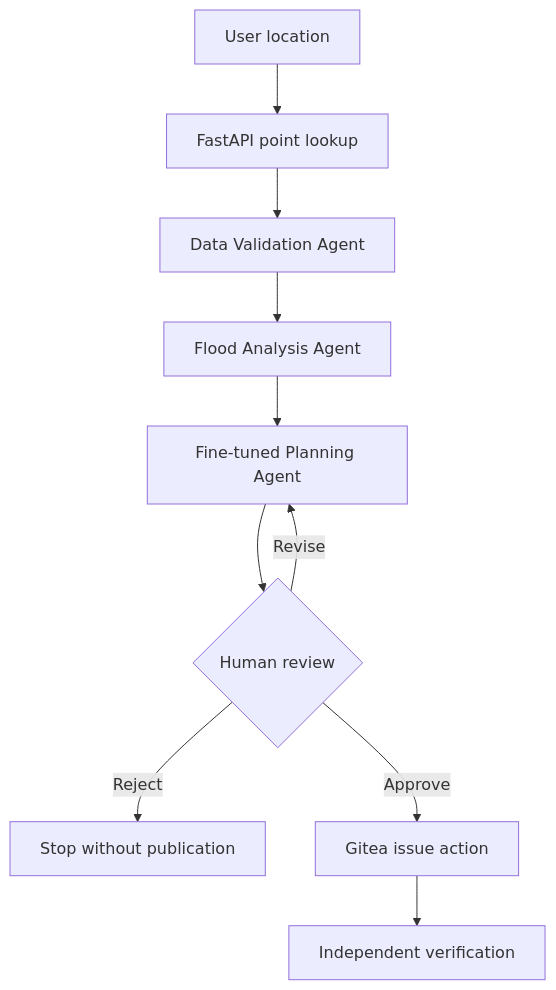
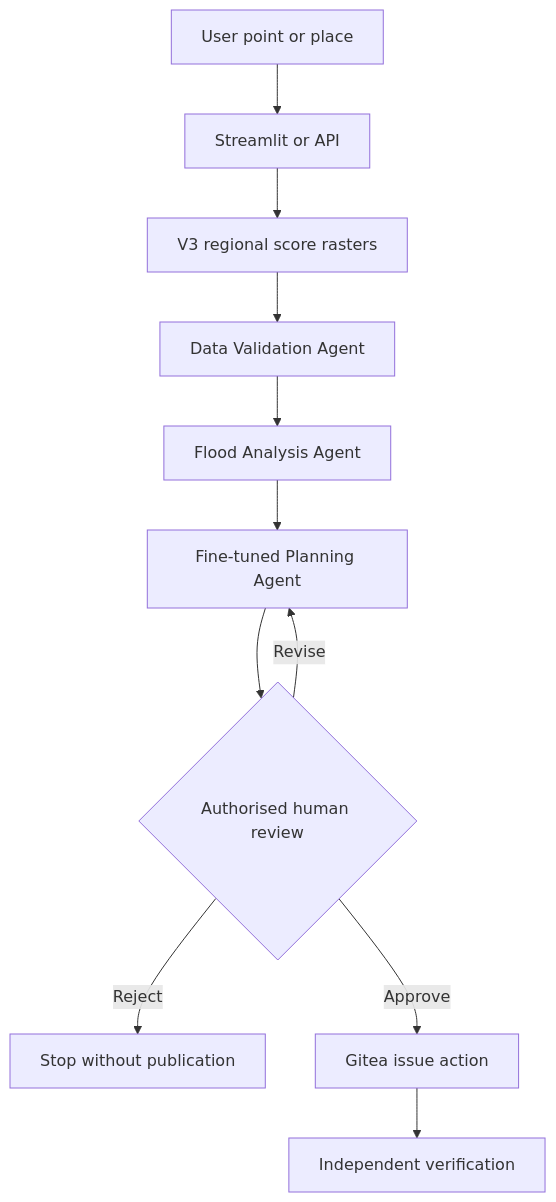
The diagram in README.md (TSgunawardena/ClimateAdapt-AI), drawn with Mermaid before and after one commit. The commit also changed other lines of this file, not shown here.

````diff
--- a/README.md
+++ b/README.md
@@ -29,12 +37,13 @@
 ```mermaid
 flowchart TD
-    U[User location] --> A[FastAPI point lookup]
-    A --> D[Data Validation Agent]
+    U[User point or place] --> S[Streamlit or API]
+    S --> R[V3 regional score rasters]
+    R --> D[Data Validation Agent]
     D --> F[Flood Analysis Agent]
     F --> P[Fine-tuned Planning Agent]
-    P --> H{Human review}
+    P --> H{Authorised human review}
     H -->|Revise| P
     H -->|Reject| X[Stop without publication]
     H -->|Approve| G[Gitea issue action]
     G --> V[Independent verification]
 ```
````
